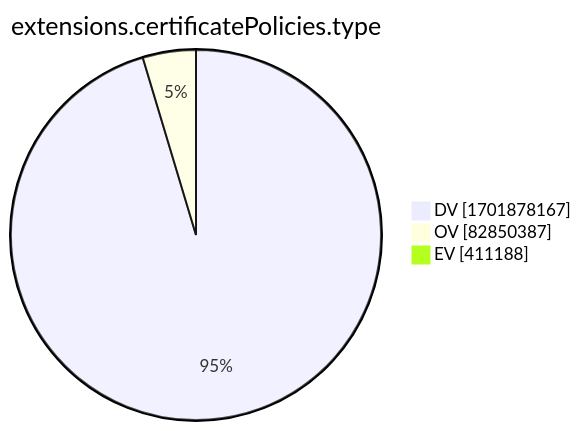
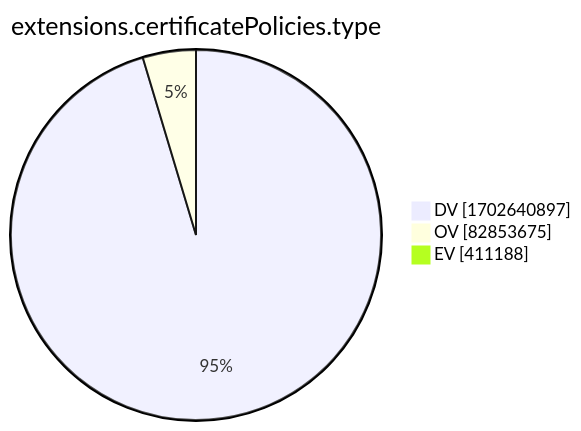
Before and after one commit to christiankrug/ctmonitor_visualization: the tenth of 15 diagrams in xenon2022/README.md, drawn with Mermaid. The commit also changed other lines of this file, not shown here.

````diff
--- a/xenon2022/README.md
+++ b/xenon2022/README.md
@@ -2881,7 +2881,7 @@
 ```mermaid
 pie showData
 title extensions.certificatePolicies.type
-"DV" :1701878167
-"OV" :82850387
+"DV" :1702640897
+"OV" :82853675
 "EV" :411188
 ```
````
